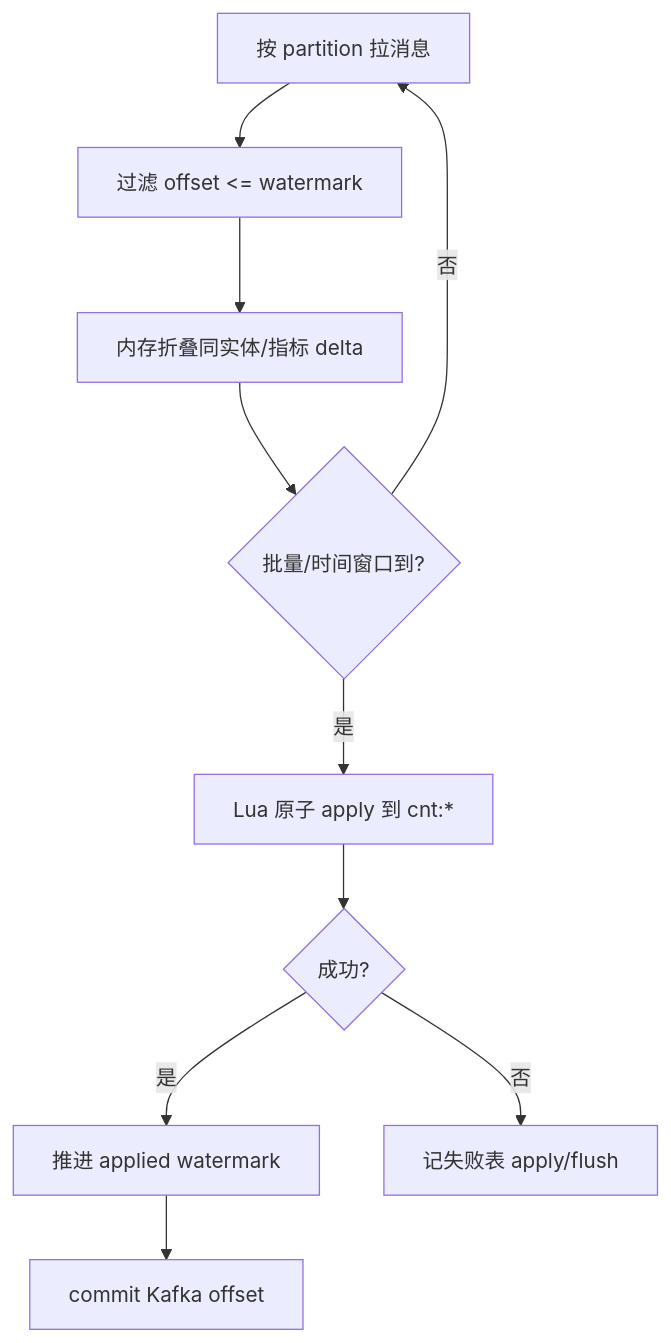
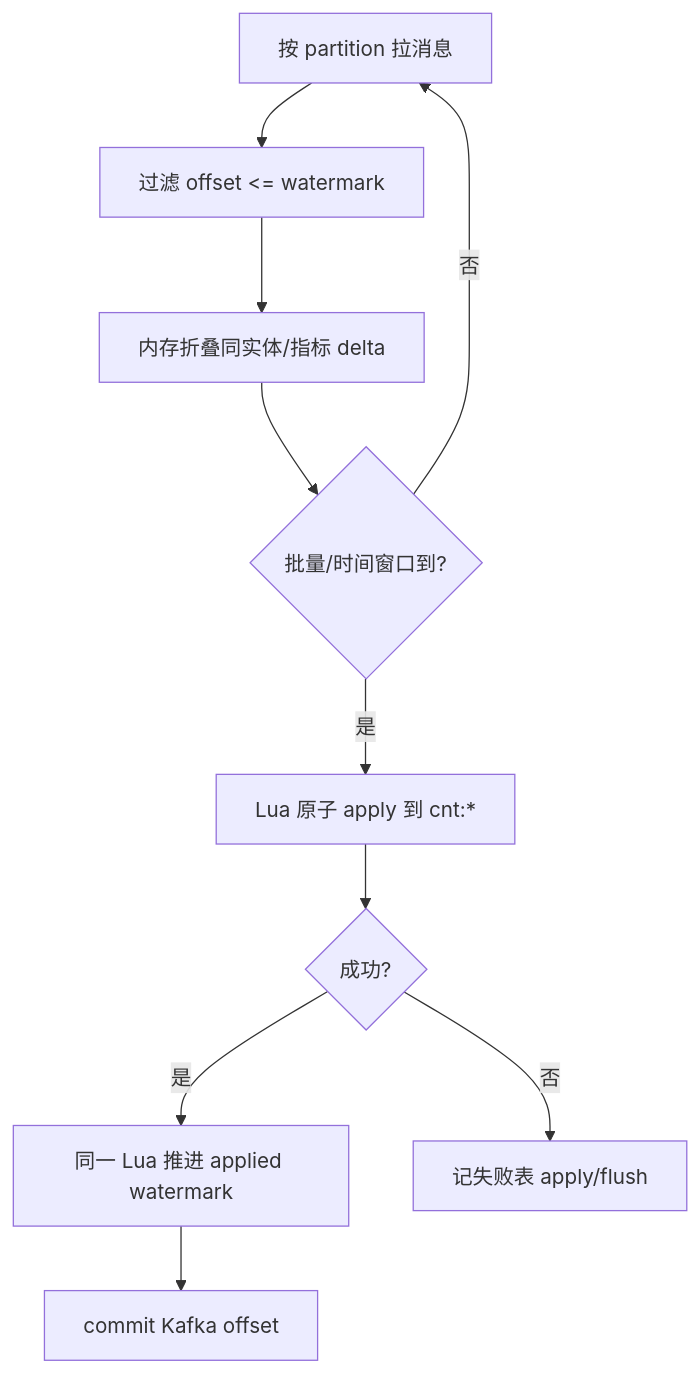
Before and after one commit to bitladykiller/zhiguang_go: the fourth of 15 diagrams in docs/modules/05-点赞收藏计数模块.md, drawn with Mermaid. The commit also changed other lines of this file and 11 other files, not shown here.

Commit message:
docs: 架构文档增强与纵向流程图

````diff
--- a/docs/modules/05-点赞收藏计数模块.md
+++ b/docs/modules/05-点赞收藏计数模块.md
@@ -162,12 +168,12 @@
 ```mermaid
 flowchart TD
     A[按 partition 拉消息] --> B[过滤 offset <= watermark]
     B --> C[内存折叠同实体/指标 delta]
     C --> D{批量/时间窗口到?}
     D -->|否| A
     D -->|是| E[Lua 原子 apply 到 cnt:*]
     E --> F{成功?}
-    F -->|是| G[推进 applied watermark]
+    F -->|是| G[同一 Lua 推进 applied watermark]
     G --> H[commit Kafka offset]
     F -->|否| I[记失败表 apply/flush]
 ```
````
